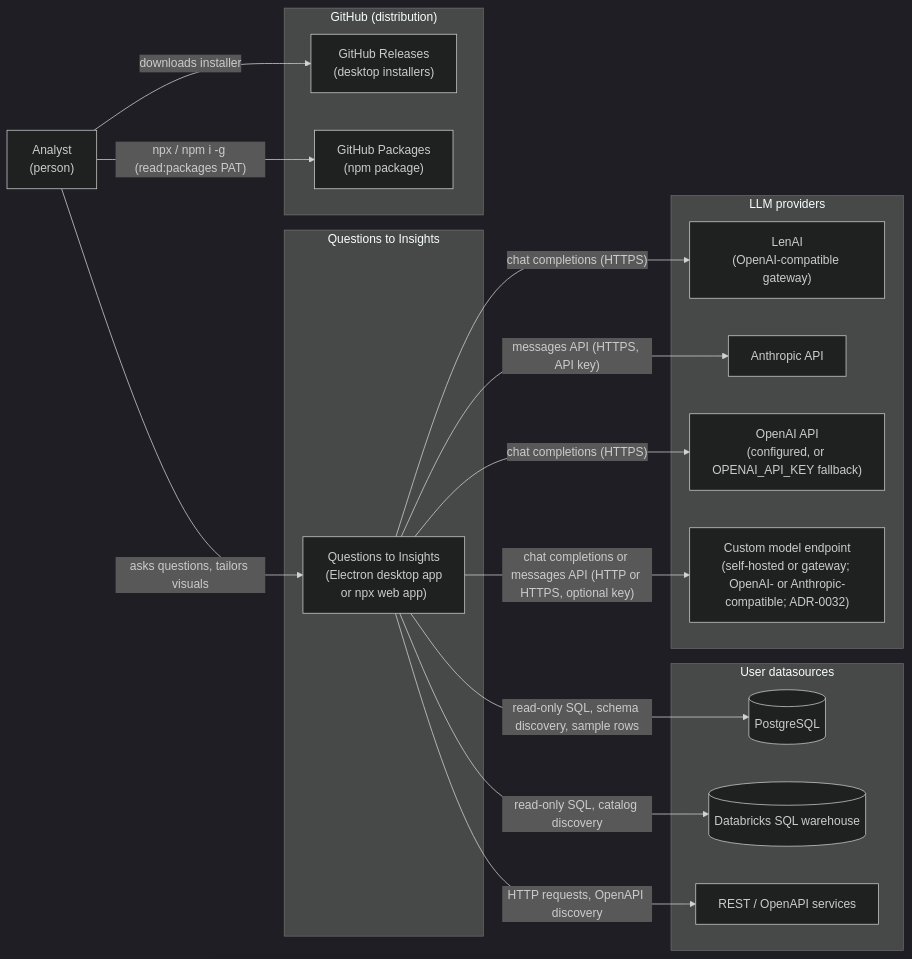
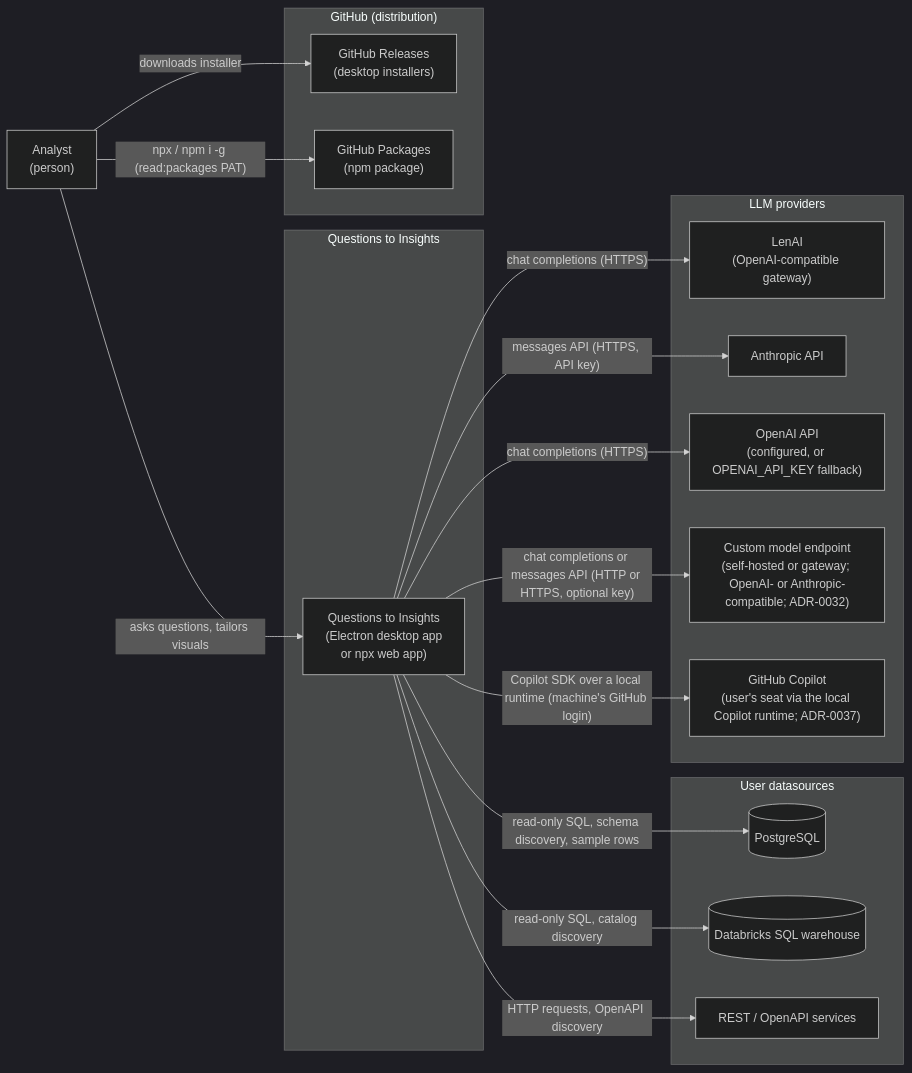
Before and after one commit to jhon-buendia-halo/bi-assistant: the first of 5 diagrams in specs/system/architecture.md, drawn with Mermaid (dark theme). The commit also changed other lines of this file and 50 other files, not shown here.

````diff
--- a/specs/system/architecture.md
+++ b/specs/system/architecture.md
@@ -20,37 +20,39 @@
 ```mermaid
 flowchart LR
   analyst["Analyst<br/>(person)"]
 
   subgraph qti["Questions to Insights"]
     system["Questions to Insights<br/>(Electron desktop app<br/>or npx web app)"]
   end
 
   subgraph sources["User datasources"]
     pg[("PostgreSQL")]
     dbx[("Databricks SQL warehouse")]
     rest["REST / OpenAPI services"]
   end
 
   subgraph llms["LLM providers"]
     lenai["LenAI<br/>(OpenAI-compatible gateway)"]
     anthropic["Anthropic API"]
     openai["OpenAI API<br/>(configured, or OPENAI_API_KEY fallback)"]
     custom["Custom model endpoint<br/>(self-hosted or gateway; OpenAI- or Anthropic-compatible; ADR-0032)"]
+    copilot["GitHub Copilot<br/>(user's seat via the local Copilot runtime; ADR-0037)"]
   end
 
   subgraph gh["GitHub (distribution)"]
     releases["GitHub Releases<br/>(desktop installers)"]
     packages["GitHub Packages<br/>(npm package)"]
   end
 
   analyst -->|"asks questions, tailors visuals"| system
   analyst -->|"downloads installer"| releases
   analyst -->|"npx / npm i -g (read:packages PAT)"| packages
   system -->|"read-only SQL, schema discovery, sample rows"| pg
   system -->|"read-only SQL, catalog discovery"| dbx
   system -->|"HTTP requests, OpenAPI discovery"| rest
   system -->|"chat completions (HTTPS)"| lenai
   system -->|"messages API (HTTPS, API key)"| anthropic
   system -->|"chat completions (HTTPS)"| openai
   system -->|"chat completions or messages API (HTTP or HTTPS, optional key)"| custom
+  system -->|"Copilot SDK over a local runtime (machine's GitHub login)"| copilot
 ```
````
